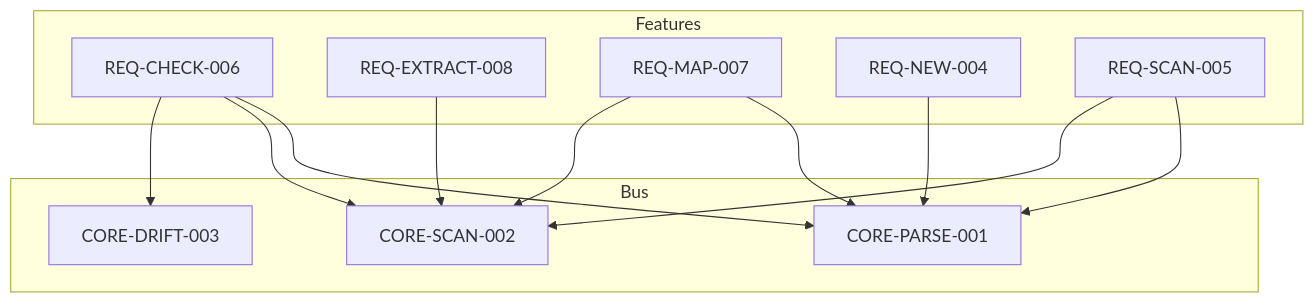
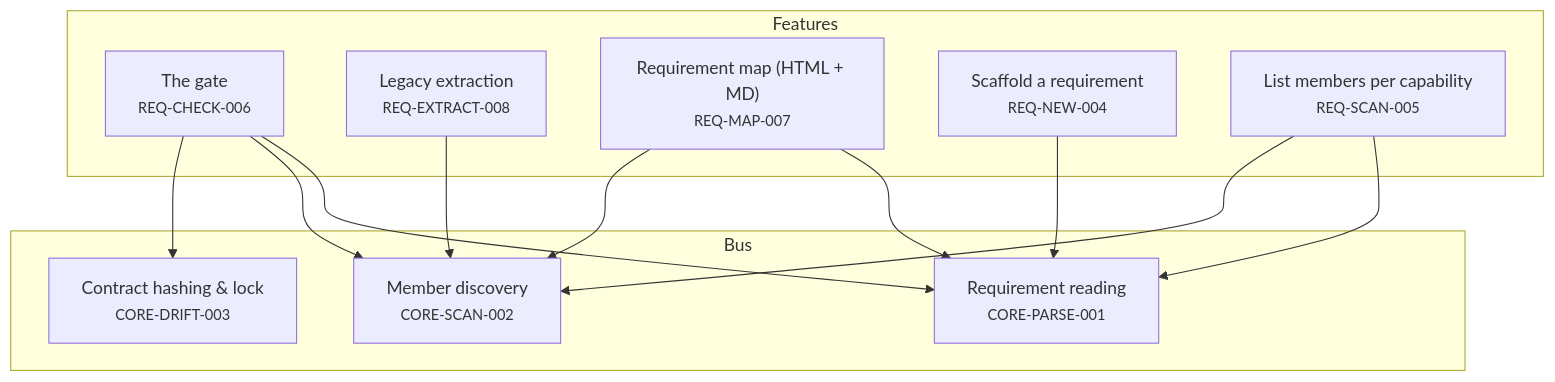
The first of 5 diagrams in requirements/_map.md (alxmax/Requirement-manager), drawn with Mermaid before and after one commit. The commit also changed other lines of this file and 2 other files, not shown here.

First line of the commit message:
feat: human titles on map nodes (title big, ID small)

````diff
--- a/requirements/_map.md
+++ b/requirements/_map.md
@@ -11,24 +11,24 @@
 ```mermaid
 graph TD
   subgraph Features
-    REQ_CHECK_006["REQ-CHECK-006"]
-    REQ_EXTRACT_008["REQ-EXTRACT-008"]
-    REQ_MAP_007["REQ-MAP-007"]
-    REQ_NEW_004["REQ-NEW-004"]
-    REQ_SCAN_005["REQ-SCAN-005"]
+    REQ_CHECK_006["The gate<br><small>REQ-CHECK-006</small>"]
+    REQ_EXTRACT_008["Legacy extraction<br><small>REQ-EXTRACT-008</small>"]
+    REQ_MAP_007["Requirement map (HTML + MD)<br><small>REQ-MAP-007</small>"]
+    REQ_NEW_004["Scaffold a requirement<br><small>REQ-NEW-004</small>"]
+    REQ_SCAN_005["List members per capability<br><small>REQ-SCAN-005</small>"]
   end
   subgraph Bus
-    CORE_DRIFT_003["CORE-DRIFT-003"]
-    CORE_PARSE_001["CORE-PARSE-001"]
-    CORE_SCAN_002["CORE-SCAN-002"]
+    CORE_DRIFT_003["Contract hashing & lock<br><small>CORE-DRIFT-003</small>"]
+    CORE_PARSE_001["Requirement reading<br><small>CORE-PARSE-001</small>"]
+    CORE_SCAN_002["Member discovery<br><small>CORE-SCAN-002</small>"]
   end
   REQ_CHECK_006 --> CORE_PARSE_001
   REQ_CHECK_006 --> CORE_SCAN_002
   REQ_CHECK_006 --> CORE_DRIFT_003
   REQ_EXTRACT_008 --> CORE_SCAN_002
   REQ_MAP_007 --> CORE_PARSE_001
   REQ_MAP_007 --> CORE_SCAN_002
   REQ_NEW_004 --> CORE_PARSE_001
   REQ_SCAN_005 --> CORE_PARSE_001
   REQ_SCAN_005 --> CORE_SCAN_002
 ```
````
